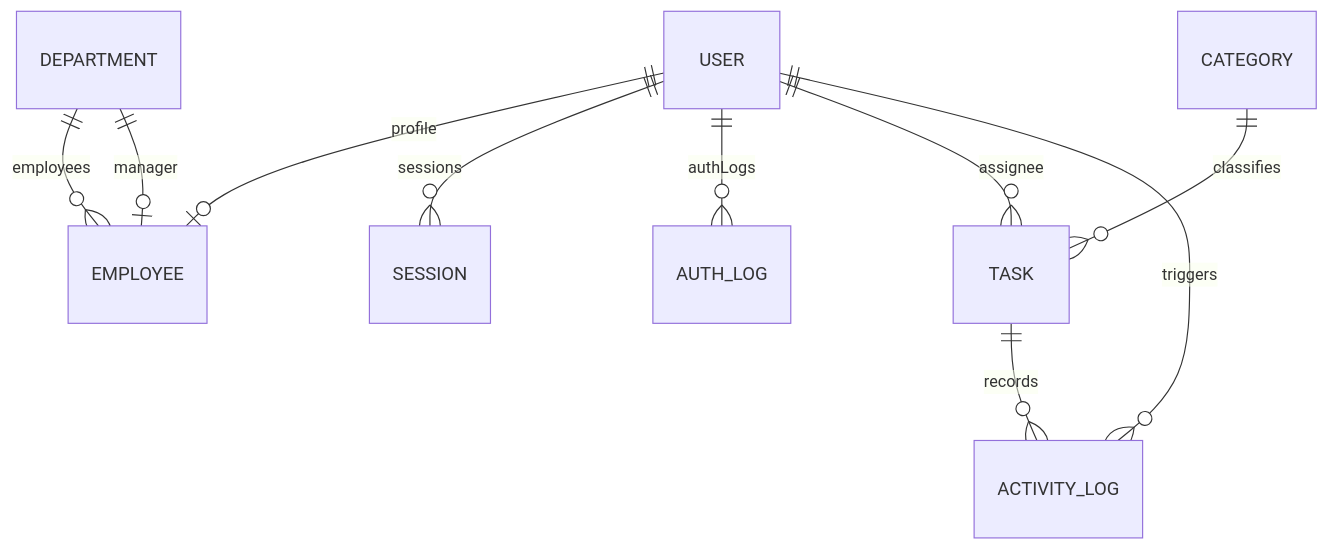
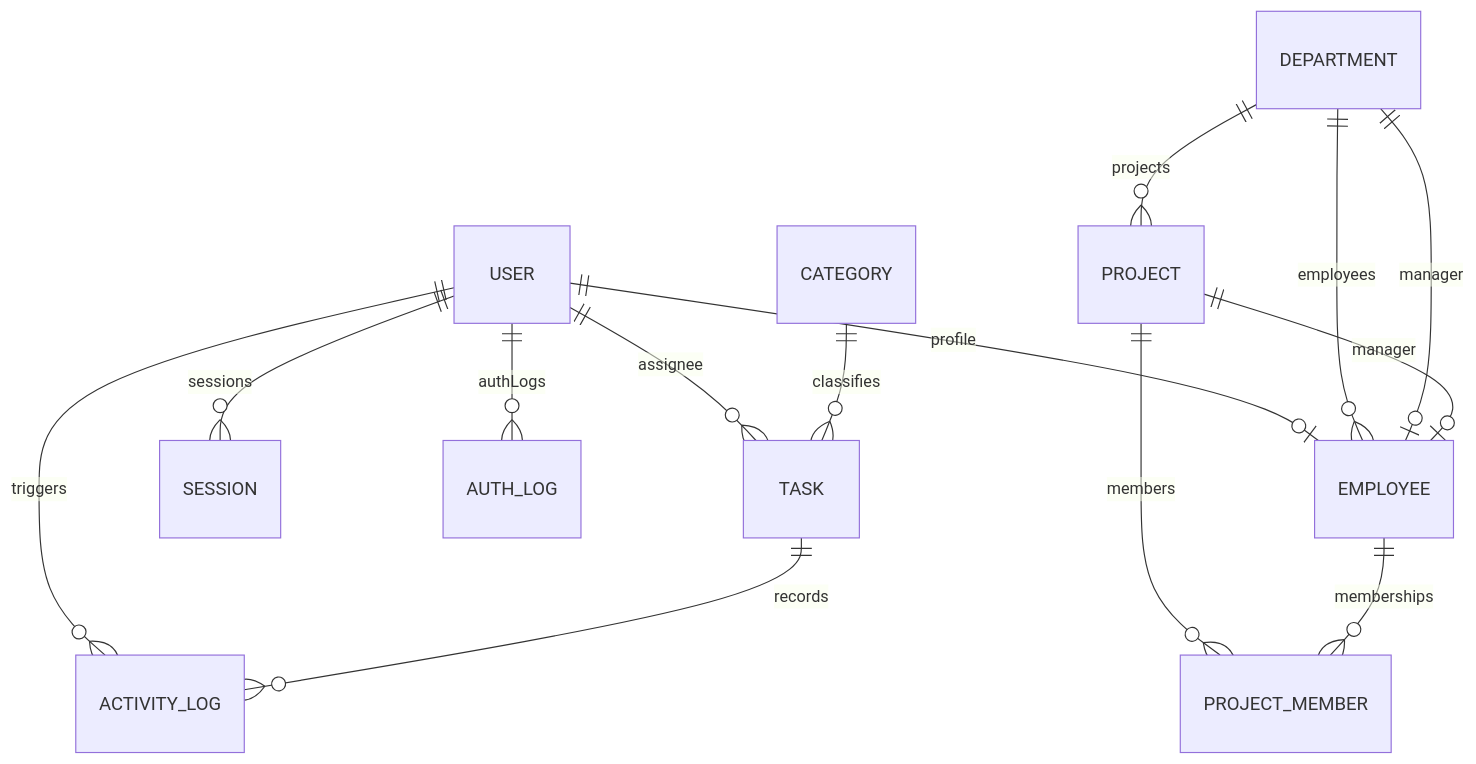
Before and after one commit to prakhar051/Task-Management-Portal: the second of 2 diagrams in PROJECT_REPORT.md, drawn with Mermaid. The commit also changed other lines of this file and 32 other files, not shown here.

Commit message:
feat(project): implement project management module with CRUD, member assignment, progress tracking, statistics, export, bulk operations, restore, and RBAC

````diff
--- a/PROJECT_REPORT.md
+++ b/PROJECT_REPORT.md
@@ -88,12 +88,16 @@
 ```mermaid
 erDiagram
     USER ||--o| EMPLOYEE : "profile"
     USER ||--o{ SESSION : "sessions"
     USER ||--o{ AUTH_LOG : "authLogs"
     DEPARTMENT ||--o{ EMPLOYEE : "employees"
     DEPARTMENT ||--o| EMPLOYEE : "manager"
+    DEPARTMENT ||--o{ PROJECT : "projects"
+    PROJECT ||--o| EMPLOYEE : "manager"
+    PROJECT ||--o{ PROJECT_MEMBER : "members"
+    EMPLOYEE ||--o{ PROJECT_MEMBER : "memberships"
     USER ||--o{ TASK : "assignee"
     USER ||--o{ ACTIVITY_LOG : "triggers"
     CATEGORY ||--o{ TASK : "classifies"
     TASK ||--o{ ACTIVITY_LOG : "records"
 ```
````
